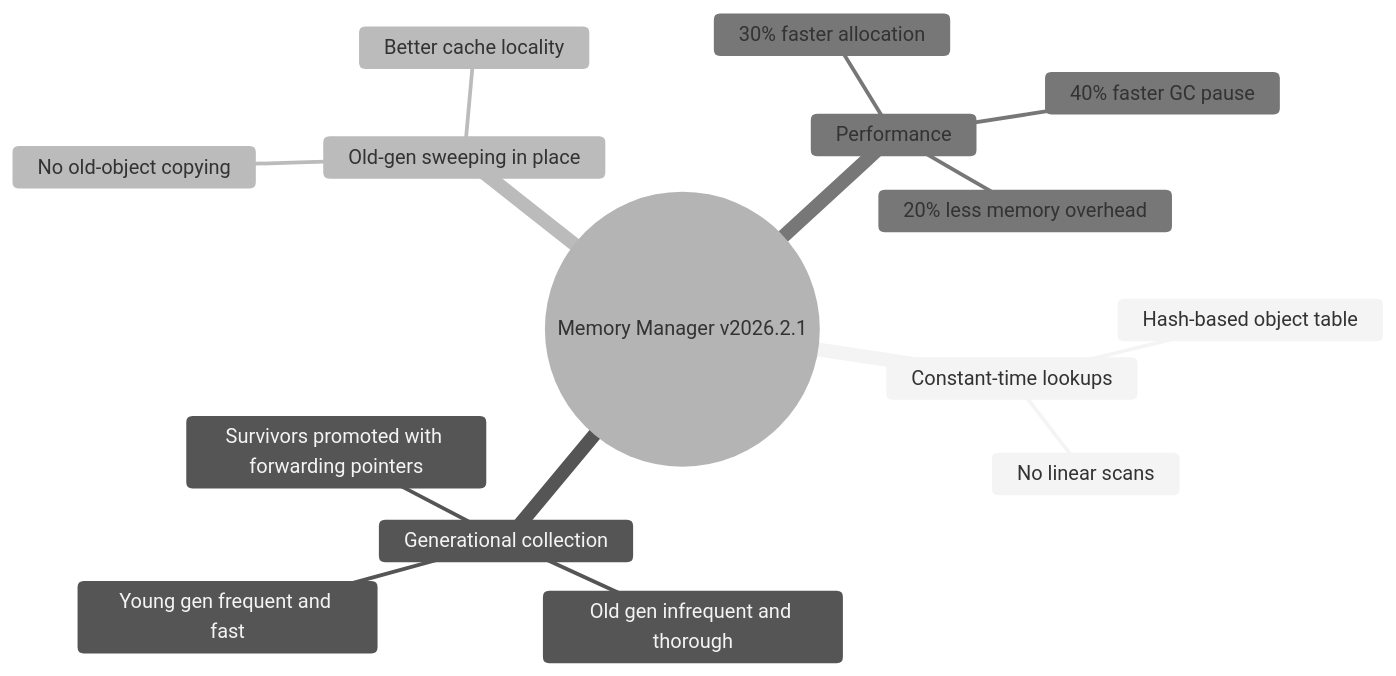
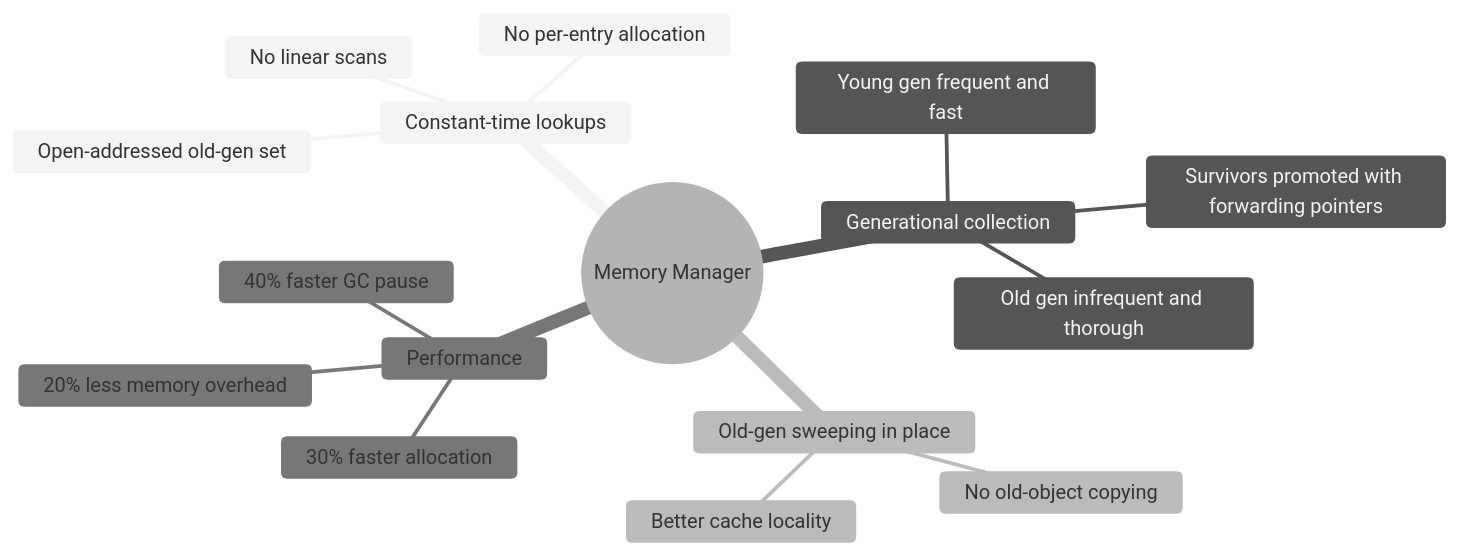
One commit to objeck/objeck-lang changed diagram 20 of 24 in docs/architecture.md. Above: the diagram before and after it, drawn with Mermaid (neutral theme). The commit also changed other lines of this file, not shown here.

First line of the commit message:
docs(architecture): correct the GC section, the cache strategy and the version

````diff
--- a/docs/architecture.md
+++ b/docs/architecture.md
@@ -985,18 +1031,19 @@
 ```mermaid
 mindmap
-    root((Memory Manager v2026.2.1))
+    root((Memory Manager))
         Constant-time lookups
-            Hash-based object table
+            Open-addressed old-gen set
+            No per-entry allocation
             No linear scans
         Generational collection
             Young gen frequent and fast
             Old gen infrequent and thorough
             Survivors promoted with forwarding pointers
         Old-gen sweeping in place
             No old-object copying
             Better cache locality
         Performance
             30% faster allocation
             40% faster GC pause
             20% less memory overhead
 ```
````
